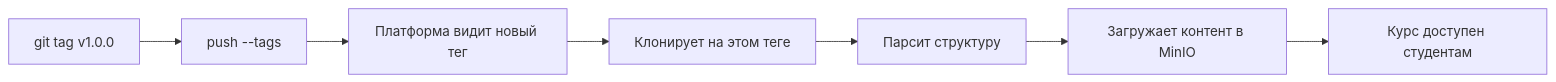
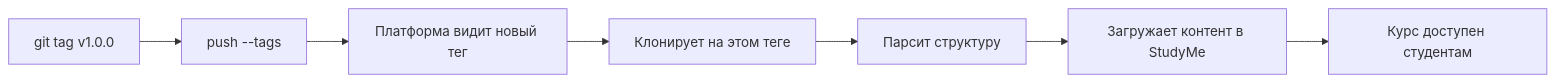
One commit to wocki-wockitech/studyme-course-authoring changed the diagram in publishing/tags-and-versions/lesson.md. Above: the diagram before and after it, drawn with Mermaid. The commit also changed 11 other files, not shown here.

````diff
--- a/publishing/tags-and-versions/lesson.md
+++ b/publishing/tags-and-versions/lesson.md
@@ -39,9 +39,9 @@
 ```mermaid
 graph LR
     A[git tag v1.0.0] --> B[push --tags]
     B --> C[Платформа видит новый тег]
     C --> D[Клонирует на этом теге]
     D --> E[Парсит структуру]
-    E --> F[Загружает контент в MinIO]
+    E --> F[Загружает контент в StudyMe]
     F --> G[Курс доступен студентам]
 ```
````
